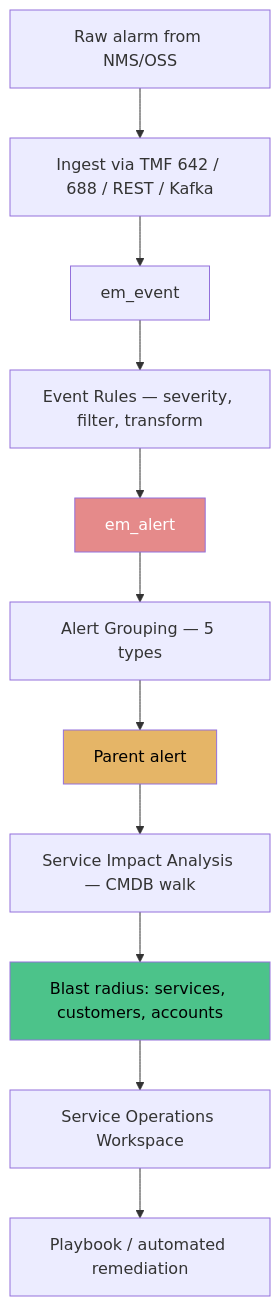
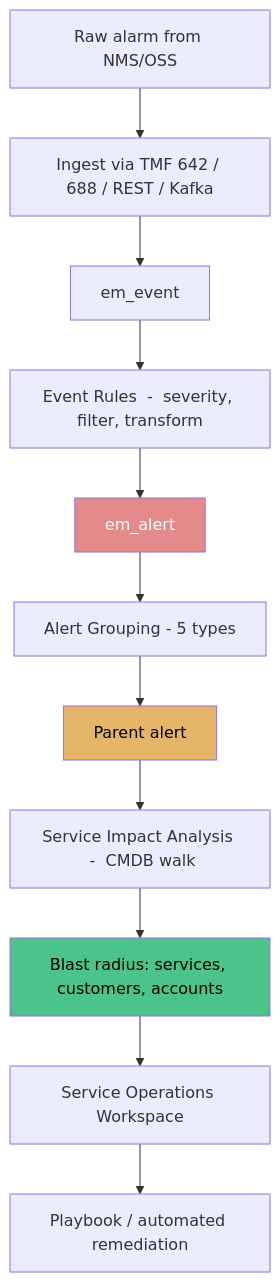
The sixth of 6 diagrams in docs/modules/tsom/tsom-guide.md (eltonaguiar/ServiceNow_Learning_TSOM-_CSM_FSM_SalesCRM_HAM_ITSM), drawn with Mermaid before and after one commit. The commit also changed other lines of this file and 10 other files, not shown here.

First line of the commit message:
Fix Mermaid diagram unicode characters causing syntax errors

````diff
--- a/docs/modules/tsom/tsom-guide.md
+++ b/docs/modules/tsom/tsom-guide.md
@@ -1348,16 +1348,16 @@
 ```mermaid
 flowchart TD
     ALARM[Raw alarm from NMS/OSS] --> INGEST[Ingest via TMF 642 / 688 / REST / Kafka]
     INGEST --> EVENT[em_event]
-    EVENT --> RULE[Event Rules — severity, filter, transform]
+    EVENT --> RULE[Event Rules  -  severity, filter, transform]
     RULE --> ALERT[em_alert]
-    ALERT --> GROUP[Alert Grouping — 5 types]
+    ALERT --> GROUP[Alert Grouping  -  5 types]
     GROUP --> PARENT[Parent alert]
-    PARENT --> SIA[Service Impact Analysis — CMDB walk]
+    PARENT --> SIA[Service Impact Analysis  -  CMDB walk]
     SIA --> BLAST[Blast radius: services, customers, accounts]
     BLAST --> SOW[Service Operations Workspace]
     SOW --> PLAY[Playbook / automated remediation]
     style ALERT fill:#e58a8a,color:#fff
     style PARENT fill:#e5b567,color:#000
     style BLAST fill:#4cc38a,color:#000
 ```
````
